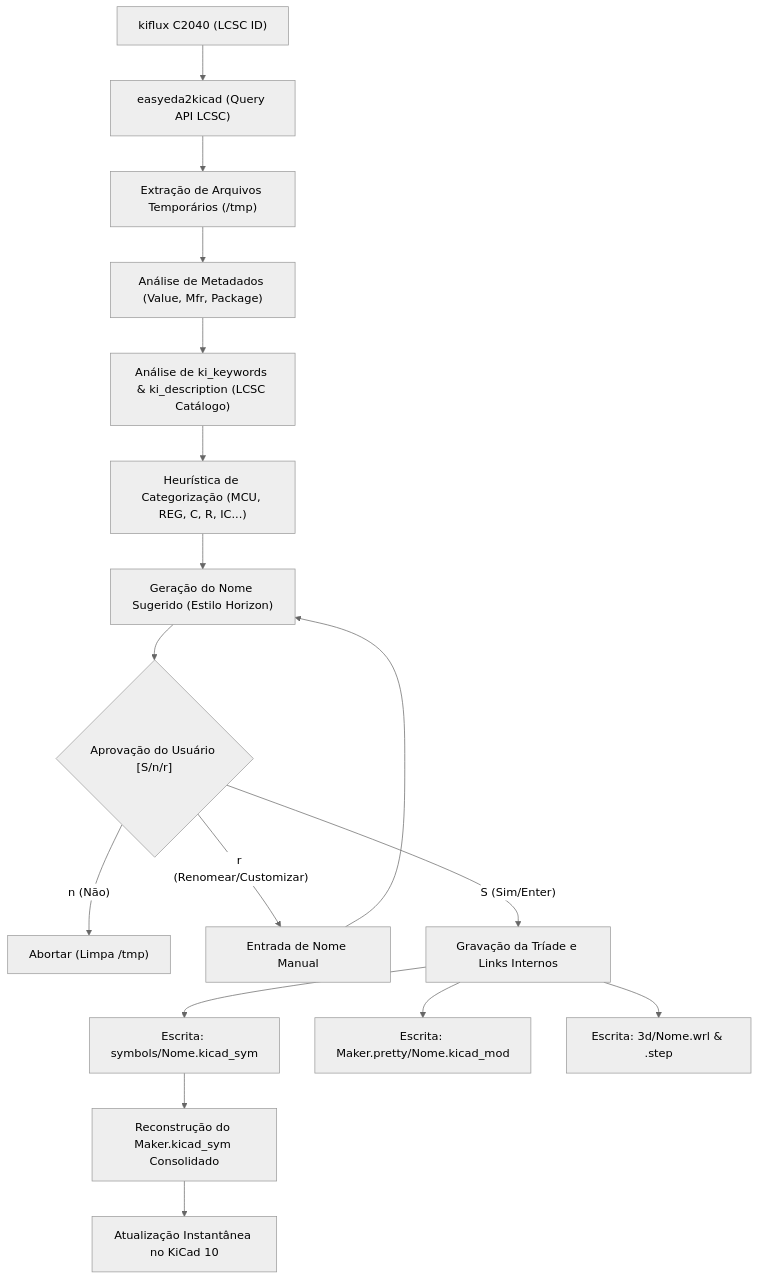
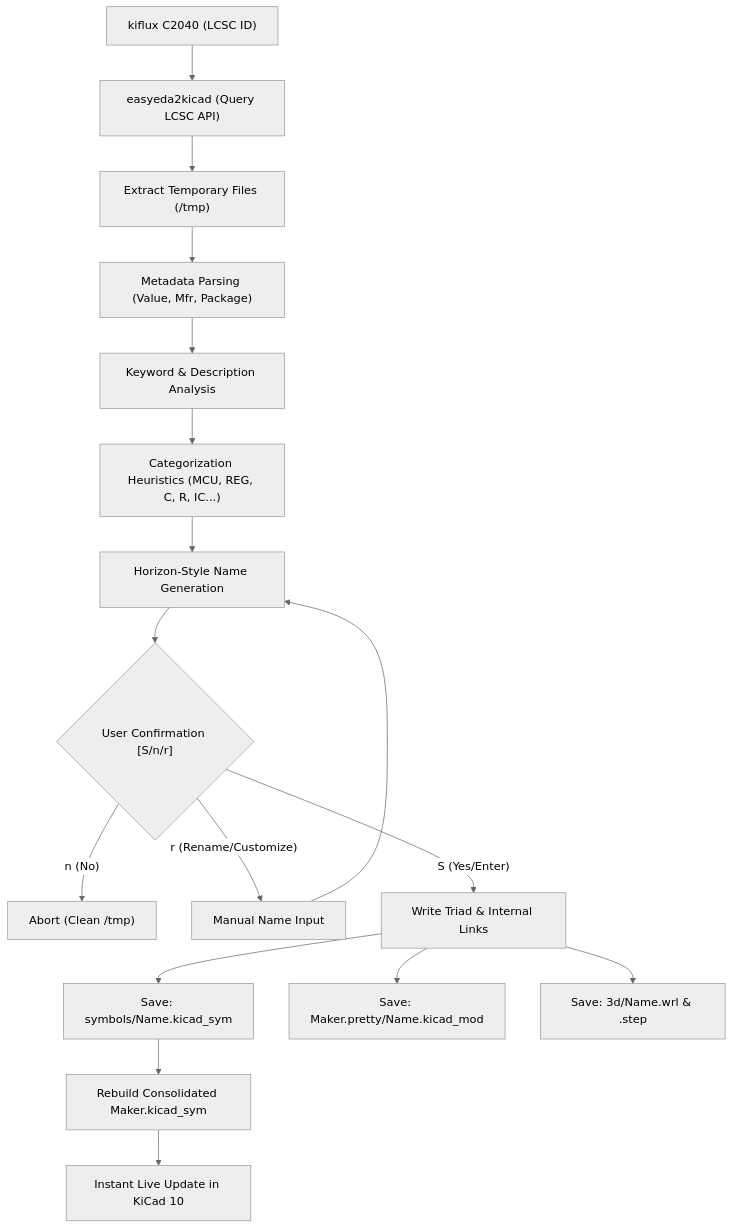
The diagram in README.md (oMatheus13/KiFlux), drawn with Mermaid (neutral theme) before and after one commit. The commit also changed other lines of this file and 2 other files, not shown here.

````diff
--- a/README.md
+++ b/README.md
@@ -27,19 +31,19 @@
 ```mermaid
 graph TD
-    A["kiflux C2040 (LCSC ID)"] --> B["easyeda2kicad (Query API LCSC)"]
-    B --> C["Extração de Arquivos Temporários (/tmp)"]
-    C --> D["Análise de Metadados (Value, Mfr, Package)"]
-    D --> E["Análise de ki_keywords & ki_description (LCSC Catálogo)"]
-    E --> F["Heurística de Categorização (MCU, REG, C, R, IC...)"]
-    F --> G["Geração do Nome Sugerido (Estilo Horizon)"]
-    G --> H{"Aprovação do Usuário [S/n/r]"}
-    H -- "n (Não)" --> I["Abortar (Limpa /tmp)"]
-    H -- "r (Renomear/Customizar)" --> IR["Entrada de Nome Manual"]
+    A["kiflux C2040 (LCSC ID)"] --> B["easyeda2kicad (Query LCSC API)"]
+    B --> C["Extract Temporary Files (/tmp)"]
+    C --> D["Metadata Parsing (Value, Mfr, Package)"]
+    D --> E["Keyword & Description Analysis"]
+    E --> F["Categorization Heuristics (MCU, REG, C, R, IC...)"]
+    F --> G["Horizon-Style Name Generation"]
+    G --> H{"User Confirmation [S/n/r]"}
+    H -- "n (No)" --> I["Abort (Clean /tmp)"]
+    H -- "r (Rename/Customize)" --> IR["Manual Name Input"]
     IR --> G
-    H -- "S (Sim/Enter)" --> J["Gravação da Tríade e Links Internos"]
-    J --> K["Escrita: symbols/Nome.kicad_sym"]
-    J --> L["Escrita: Maker.pretty/Nome.kicad_mod"]
-    J --> M["Escrita: 3d/Nome.wrl & .step"]
-    K --> N["Reconstrução do Maker.kicad_sym Consolidado"]
-    N --> O["Atualização Instantânea no KiCad 10"]
+    H -- "S (Yes/Enter)" --> J["Write Triad & Internal Links"]
+    J --> K["Save: symbols/Name.kicad_sym"]
+    J --> L["Save: Maker.pretty/Name.kicad_mod"]
+    J --> M["Save: 3d/Name.wrl & .step"]
+    K --> N["Rebuild Consolidated Maker.kicad_sym"]
+    N --> O["Instant Live Update in KiCad 10"]
 ```
````
